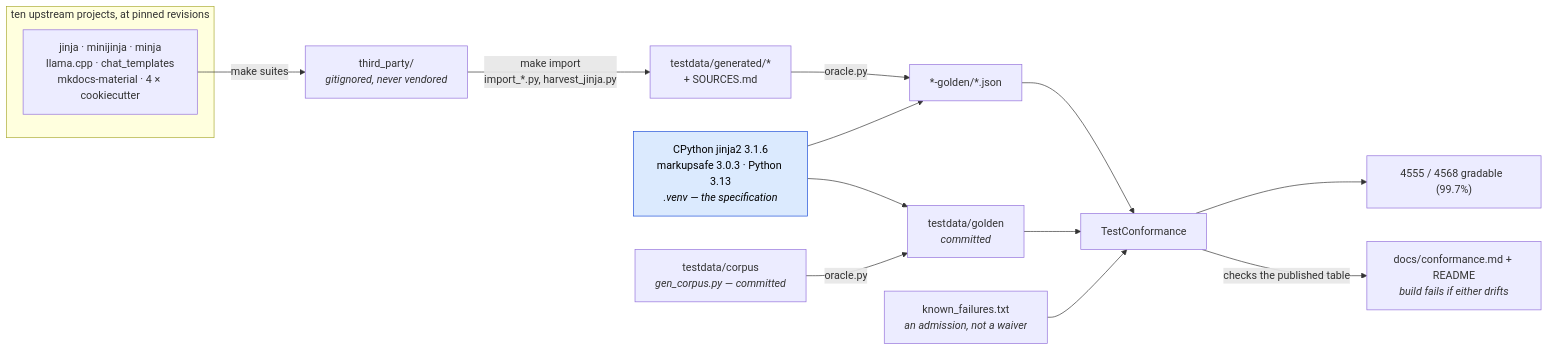
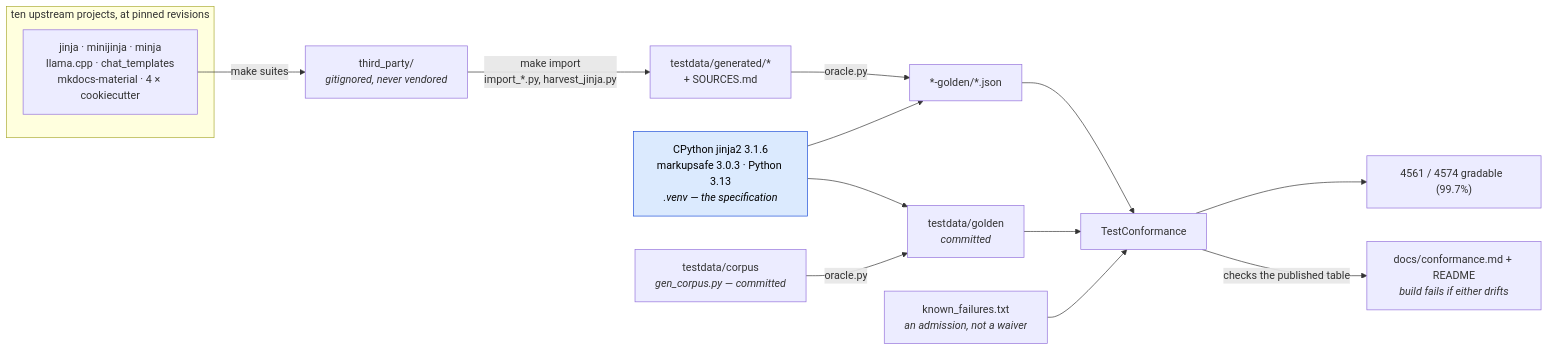
The first of 2 diagrams in docs/conformance.md (mgilbir/gojja2), drawn with Mermaid before and after one commit. The commit also changed other lines of this file and 37 other files, not shown here.

````diff
--- a/docs/conformance.md
+++ b/docs/conformance.md
@@ -17,24 +17,24 @@
 ```mermaid
 flowchart LR
     subgraph up["ten upstream projects, at pinned revisions"]
         U1["jinja · minijinja · minja<br/>llama.cpp · chat_templates<br/>mkdocs-material · 4 × cookiecutter"]
     end
     U1 -->|"make suites"| TP["third_party/<br/><i>gitignored, never vendored</i>"]
     TP -->|"make import<br/>import_*.py, harvest_jinja.py"| GEN["testdata/generated/*<br/>+ SOURCES.md"]
 
     ORA["CPython jinja2 3.1.6<br/>markupsafe 3.0.3 · Python 3.13<br/><i>.venv — the specification</i>"]
     GEN -->|"oracle.py"| G2["*-golden/*.json"]
     ORA --> G2
 
     OWN["testdata/corpus<br/><i>gen_corpus.py — committed</i>"] -->|"oracle.py"| G1["testdata/golden<br/><i>committed</i>"]
     ORA --> G1
 
     G1 --> TC["TestConformance"]
     G2 --> TC
     KF["known_failures.txt<br/><i>an admission, not a waiver</i>"] --> TC
-    TC --> RATE["4555 / 4568 gradable  (99.7%)"]
+    TC --> RATE["4561 / 4574 gradable  (99.7%)"]
     TC -->|"checks the published table"| RM["docs/conformance.md + README<br/><i>build fails if either drifts</i>"]
 
     classDef spec fill:#dbeafe,stroke:#1d4ed8,color:#000
     class ORA spec
 ```
````
